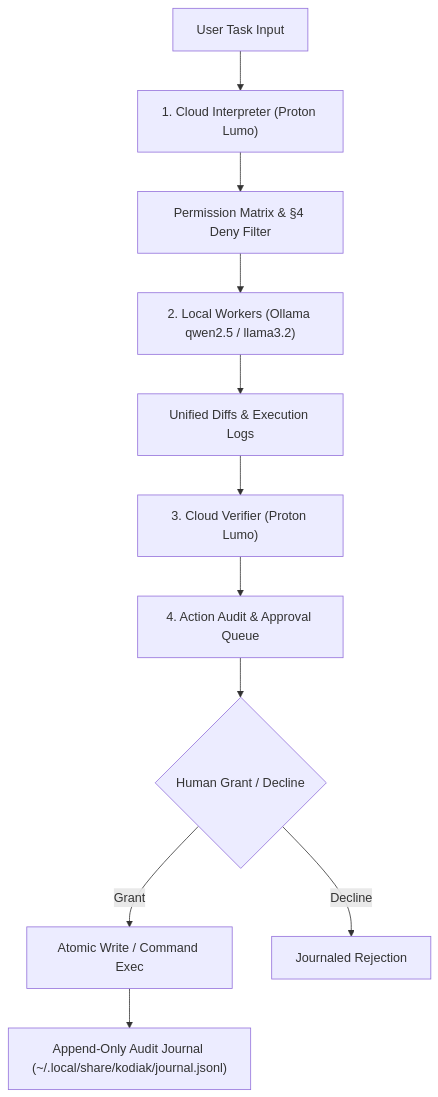
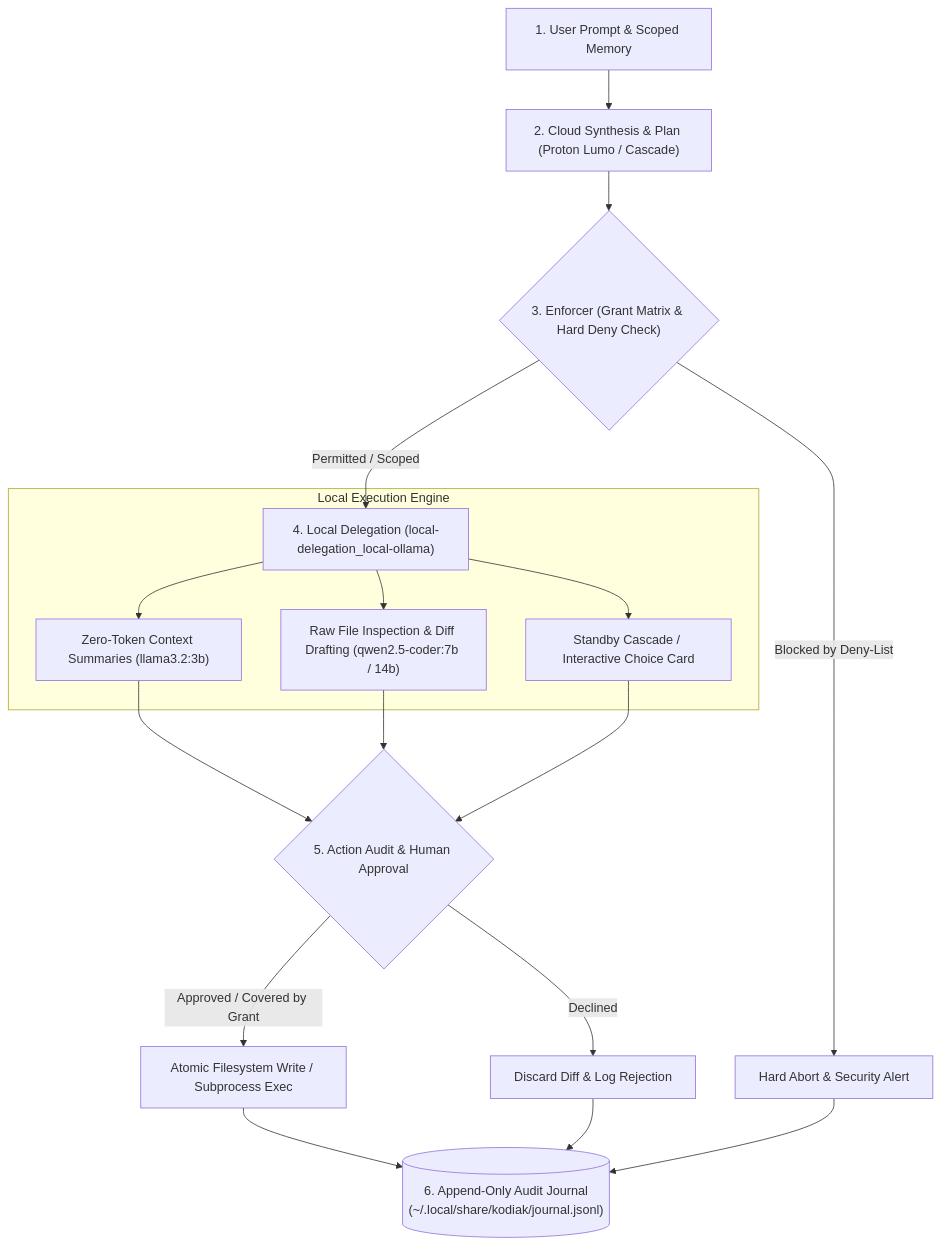
Before and after one commit to morganlowe/Kodiak: the diagram in README.md, drawn with Mermaid. The commit also changed other lines of this file and 34 other files, not shown here.

````diff
--- a/README.md
+++ b/README.md
@@ -30,13 +51,20 @@
 ```mermaid
 flowchart TD
-    User["User Task Input"] --> Plan["1. Cloud Interpreter (Proton Lumo)"]
-    Plan --> EnforcePlan["Permission Matrix & §4 Deny Filter"]
-    EnforcePlan --> Worker["2. Local Workers (Ollama qwen2.5 / llama3.2)"]
-    Worker --> Diff["Unified Diffs & Execution Logs"]
-    Diff --> Verify["3. Cloud Verifier (Proton Lumo)"]
-    Verify --> Queue["4. Action Audit & Approval Queue"]
-    Queue --> UserGrant{"Human Grant / Decline"}
-    UserGrant -->|Grant| Apply["Atomic Write / Command Exec"]
-    UserGrant -->|Decline| LogDecline["Journaled Rejection"]
-    Apply --> Journal["Append-Only Audit Journal (~/.local/share/kodiak/journal.jsonl)"]
+    Prompt["1. User Prompt & Scoped Memory"] --> Plan["2. Cloud Synthesis & Plan (Proton Lumo / Cascade)"]
+    Plan --> Enforcer{"3. Enforcer (Grant Matrix & Hard Deny Check)"}
+    
+    Enforcer -->|Blocked by Deny-List| Reject["Hard Abort & Security Alert"]
+    Enforcer -->|Permitted / Scoped| Delegation["4. Local Delegation (local-delegation_local-ollama)"]
+    
+    subgraph Local Execution Engine
+        Delegation --> Summary["Zero-Token Context Summaries (llama3.2:3b)"]
+        Delegation --> CodeGen["Raw File Inspection & Diff Drafting (qwen2.5-coder:7b / 14b)"]
+        Delegation --> Failover["Standby Cascade / Interactive Choice Card"]
+    end
+    
+    Summary & CodeGen & Failover --> Approval{"5. Action Audit & Human Approval"}
+    Approval -->|Approved / Covered by Grant| Apply["Atomic Filesystem Write / Subprocess Exec"]
+    Approval -->|Declined| Discard["Discard Diff & Log Rejection"]
+    
+    Apply & Discard & Reject --> Journal[("6. Append-Only Audit Journal\n(~/.local/share/kodiak/journal.jsonl)")]
 ```
````
